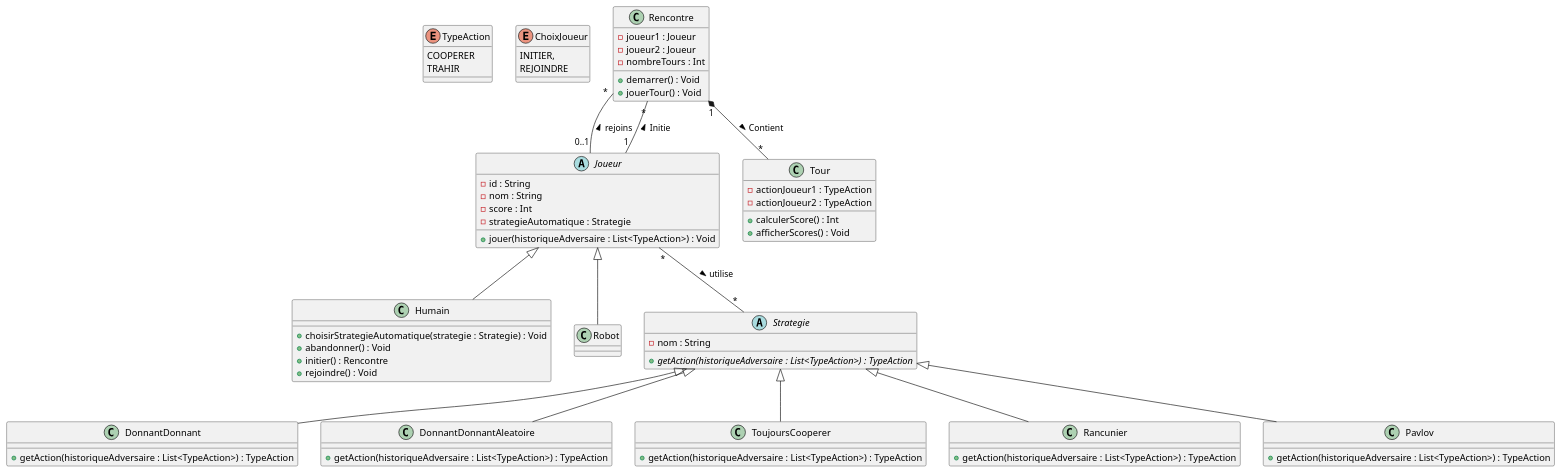
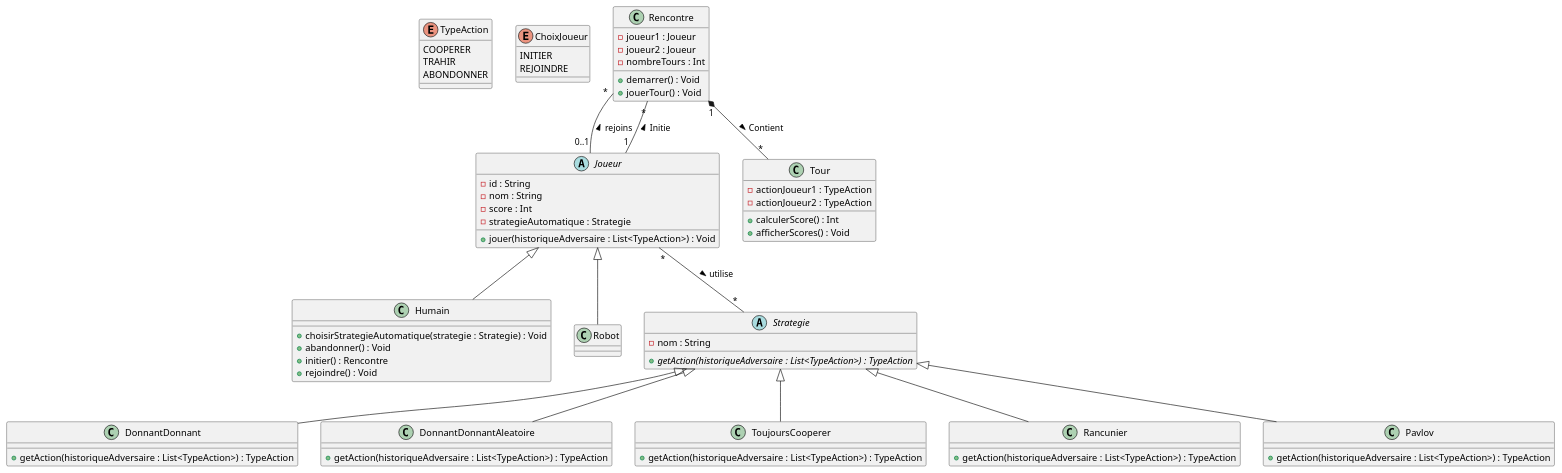
Before and after one commit to nicomr70/prisonners-dilemma: the diagram in Diagramme/uml_1.puml, drawn with PlantUML. The commit also changed 3 other files, not shown here.

```diff
--- a/Diagramme/uml_1.puml
+++ b/Diagramme/uml_1.puml
@@ -1,86 +1,88 @@
 @startuml
 
 enum TypeAction {
     COOPERER
     TRAHIR
+    ABONDONNER
 }
 
 enum ChoixJoueur {
-    INITIER,
+    INITIER
     REJOINDRE
+
 }
 
 
 abstract Joueur {
     - id : String
     - nom : String
     - score : Int
     - strategieAutomatique : Strategie
     + jouer(historiqueAdversaire : List<TypeAction>) : Void
 }
 
 
 class Humain extends Joueur{
     + choisirStrategieAutomatique(strategie : Strategie) : Void
     + abandonner() : Void
     + initier() : Rencontre
     + rejoindre() : Void
 }
 
 class Robot extends Joueur {
     }
 
 
 class Rencontre {
     - joueur1 : Joueur
     - joueur2 : Joueur
     - nombreTours : Int
     + demarrer() : Void
     + jouerTour() : Void
 
 }
 
 class Tour {
     - actionJoueur1 : TypeAction
     - actionJoueur2 : TypeAction
     + calculerScore() : Int
     + afficherScores() : Void
 }
 
 abstract class Strategie {
     - nom : String
     {abstract} + getAction(historiqueAdversaire : List<TypeAction>) : TypeAction
    }
 
 class DonnantDonnant extends Strategie {
    + getAction(historiqueAdversaire : List<TypeAction>) : TypeAction
 
 }
 
 class DonnantDonnantAleatoire extends Strategie {
     + getAction(historiqueAdversaire : List<TypeAction>) : TypeAction
 
 }
 
 class ToujoursCooperer extends Strategie {
     + getAction(historiqueAdversaire : List<TypeAction>) : TypeAction
 
 }
 
 class Rancunier extends Strategie {
     + getAction(historiqueAdversaire : List<TypeAction>) : TypeAction
 
 }
 
 class Pavlov extends Strategie {
     + getAction(historiqueAdversaire : List<TypeAction>) : TypeAction
 
 }
 
 
 Joueur "*" -- "*" Strategie : utilise >
 Rencontre "*" -- "0..1" Joueur : rejoins <
 Rencontre "*" -- "1" Joueur : Initie <
 Rencontre "1" *-- "*" Tour : Contient >
 
 @enduml
```
